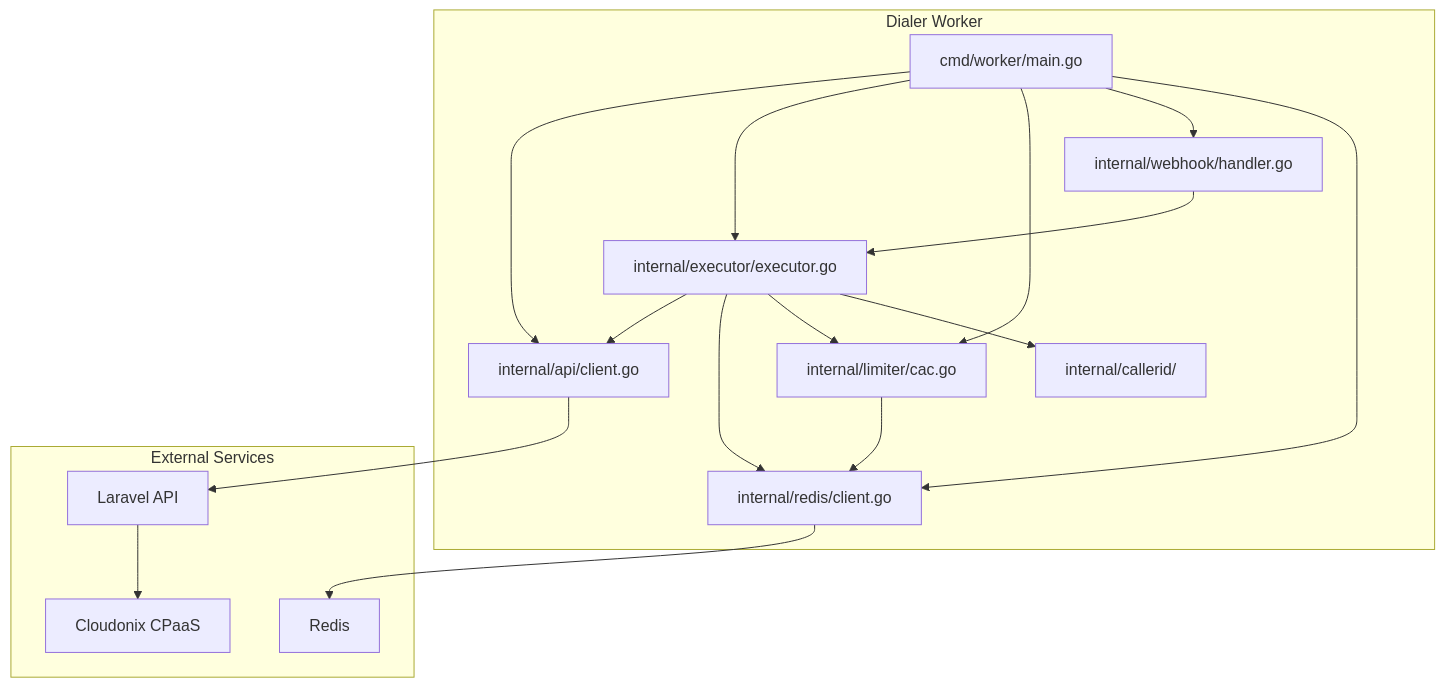
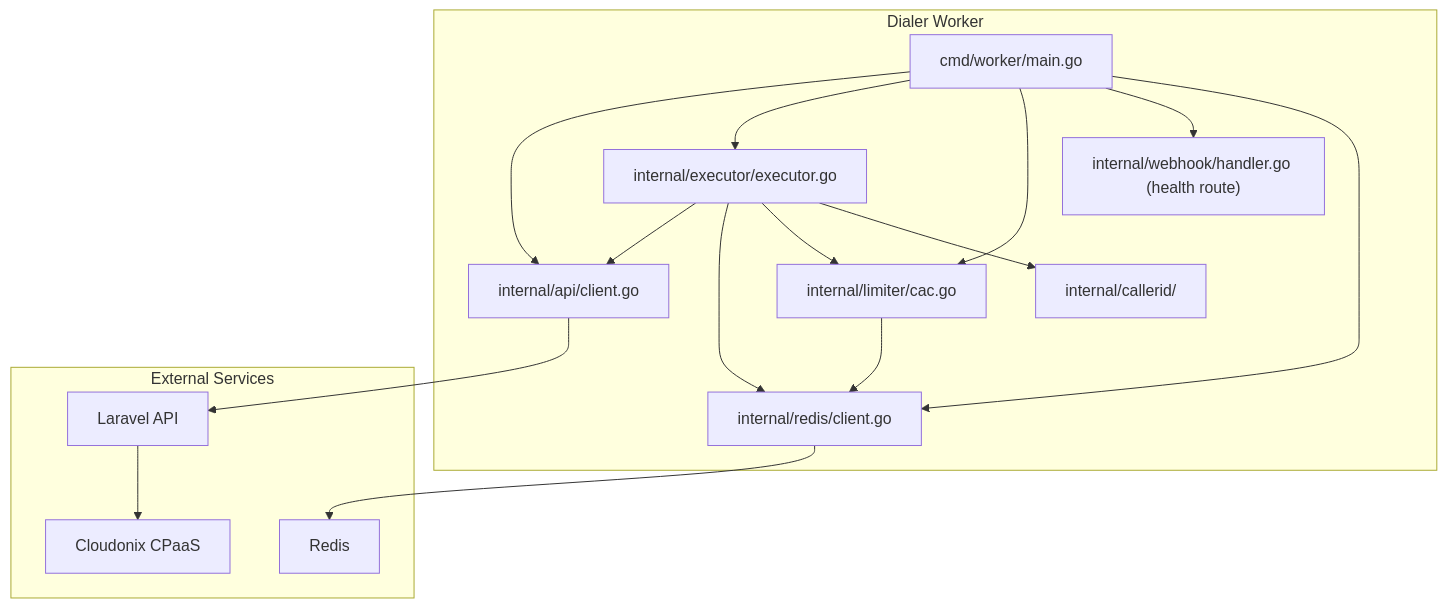
The diagram in docs/opbx-userguide/workers/dialer-worker.mdx (greenfieldtech-nirs/opbx), drawn with Mermaid before and after one commit. The commit also changed other lines of this file and 12 other files, not shown here.

First line of the commit message:
docs(applications, workers): campaign destinations, wait for agents, worker diagrams

````diff
--- a/docs/opbx-userguide/workers/dialer-worker.mdx
+++ b/docs/opbx-userguide/workers/dialer-worker.mdx
@@ -26,33 +26,32 @@
 ```mermaid
 graph TB
     subgraph "Dialer Worker"
         MAIN["cmd/worker/main.go"]
         API["internal/api/client.go"]
         EXEC["internal/executor/executor.go"]
         LIM["internal/limiter/cac.go"]
-        WH["internal/webhook/handler.go"]
+        WH["internal/webhook/handler.go (health route)"]
         RDC["internal/redis/client.go"]
         CID["internal/callerid/"]
     end
 
     subgraph "External Services"
         LARAVEL["Laravel API"]
         REDIS["Redis"]
         CLOUDONIX["Cloudonix CPaaS"]
     end
 
     MAIN --> API
     MAIN --> EXEC
     MAIN --> LIM
     MAIN --> WH
     MAIN --> RDC
     EXEC --> API
     EXEC --> RDC
     EXEC --> LIM
     EXEC --> CID
     LIM --> RDC
-    WH --> EXEC
     API --> LARAVEL
     RDC --> REDIS
     LARAVEL --> CLOUDONIX
 ```
````
